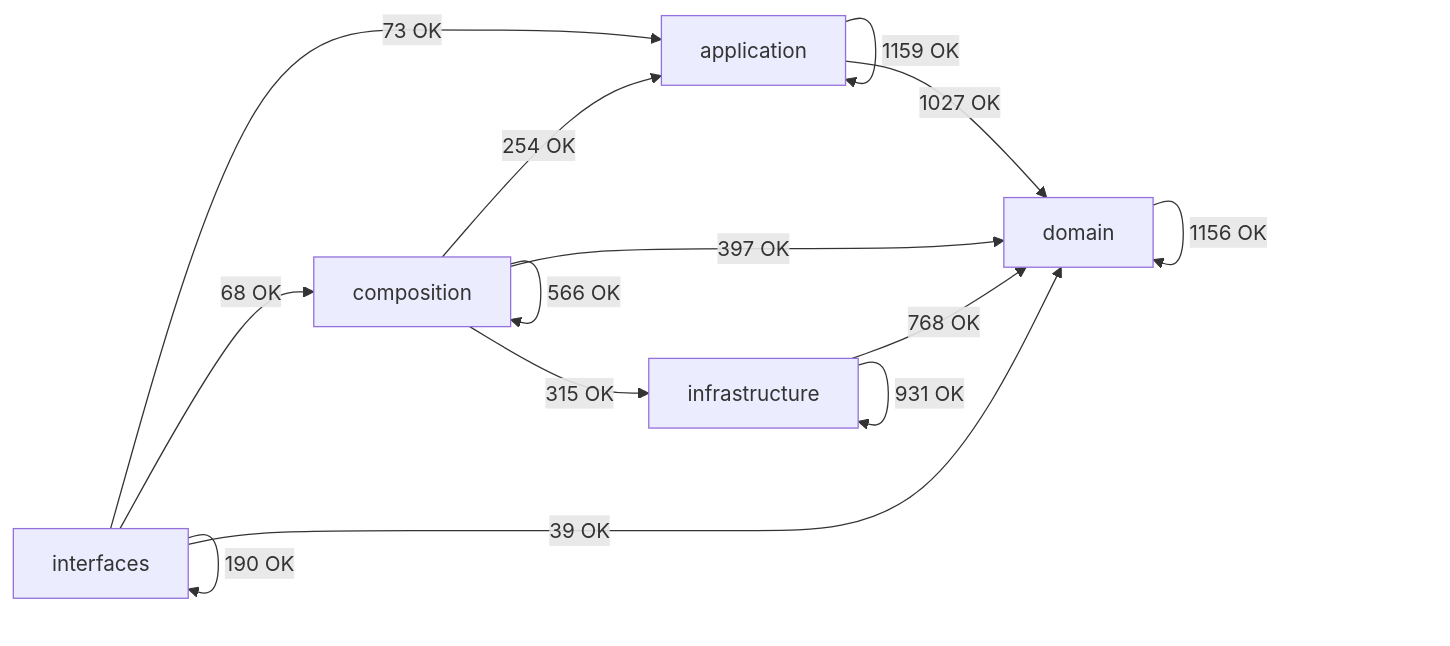
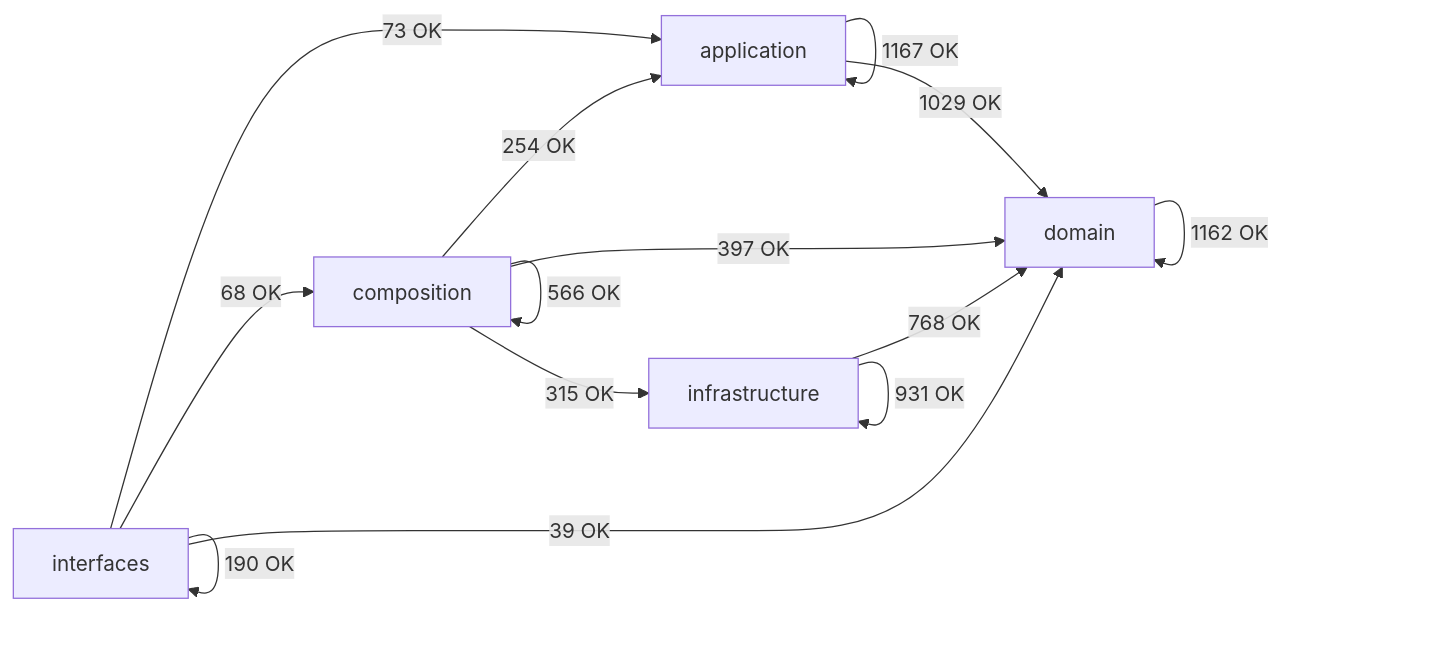
The diagram in docs/02-architecture/generated/module-dependency-map.md (SatoryKono/BioactivityDataAcquisition), drawn with Mermaid before and after one commit. The commit also changed other lines of this file and 13 other files, not shown here.

````diff
--- a/docs/02-architecture/generated/module-dependency-map.md
+++ b/docs/02-architecture/generated/module-dependency-map.md
@@ -17,21 +17,21 @@
 ```mermaid
 flowchart LR
     domain[domain]
     application[application]
     infrastructure[infrastructure]
     composition[composition]
     interfaces[interfaces]
-    application -->|1159 OK| application
-    application -->|1027 OK| domain
+    application -->|1167 OK| application
+    application -->|1029 OK| domain
     composition -->|254 OK| application
     composition -->|566 OK| composition
     composition -->|397 OK| domain
     composition -->|315 OK| infrastructure
-    domain -->|1156 OK| domain
+    domain -->|1162 OK| domain
     infrastructure -->|768 OK| domain
     infrastructure -->|931 OK| infrastructure
     interfaces -->|73 OK| application
     interfaces -->|68 OK| composition
     interfaces -->|39 OK| domain
     interfaces -->|190 OK| interfaces
 ```
````
